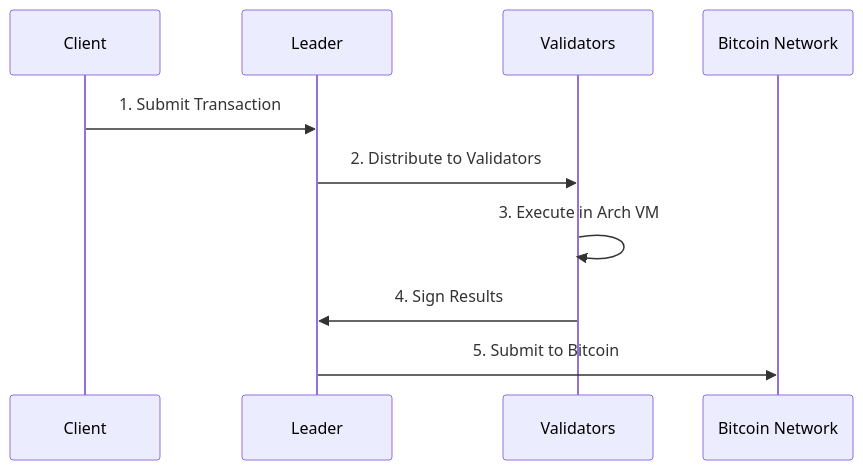
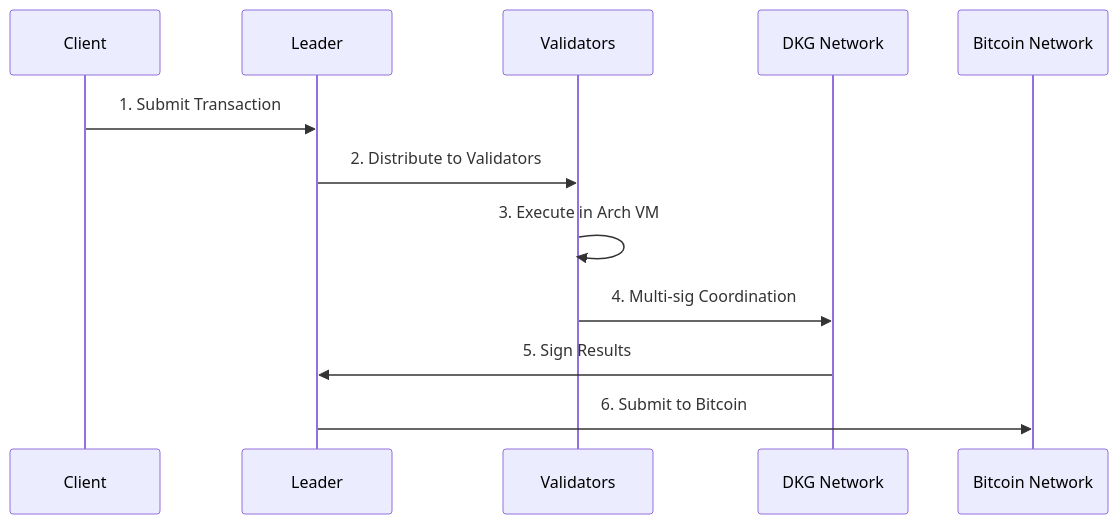
The second of 2 diagrams in src/concepts/architecture.md (Arch-Network/book), drawn with Mermaid before and after one commit. The commit also changed other lines of this file and 4 other files, not shown here.

First line of the commit message:
Add validator state machine docs and expand architecture

````diff
--- a/src/concepts/architecture.md
+++ b/src/concepts/architecture.md
@@ -58,13 +111,15 @@
 ```mermaid
 sequenceDiagram
     participant C as Client
     participant L as Leader
     participant V as Validators
+    participant DKG as DKG Network
     participant B as Bitcoin Network
     
     C->>L: 1. Submit Transaction
     L->>V: 2. Distribute to Validators
     V->>V: 3. Execute in Arch VM
-    V->>L: 4. Sign Results
-    L->>B: 5. Submit to Bitcoin
+    V->>DKG: 4. Multi-sig Coordination
+    DKG->>L: 5. Sign Results
+    L->>B: 6. Submit to Bitcoin
 ```
````
